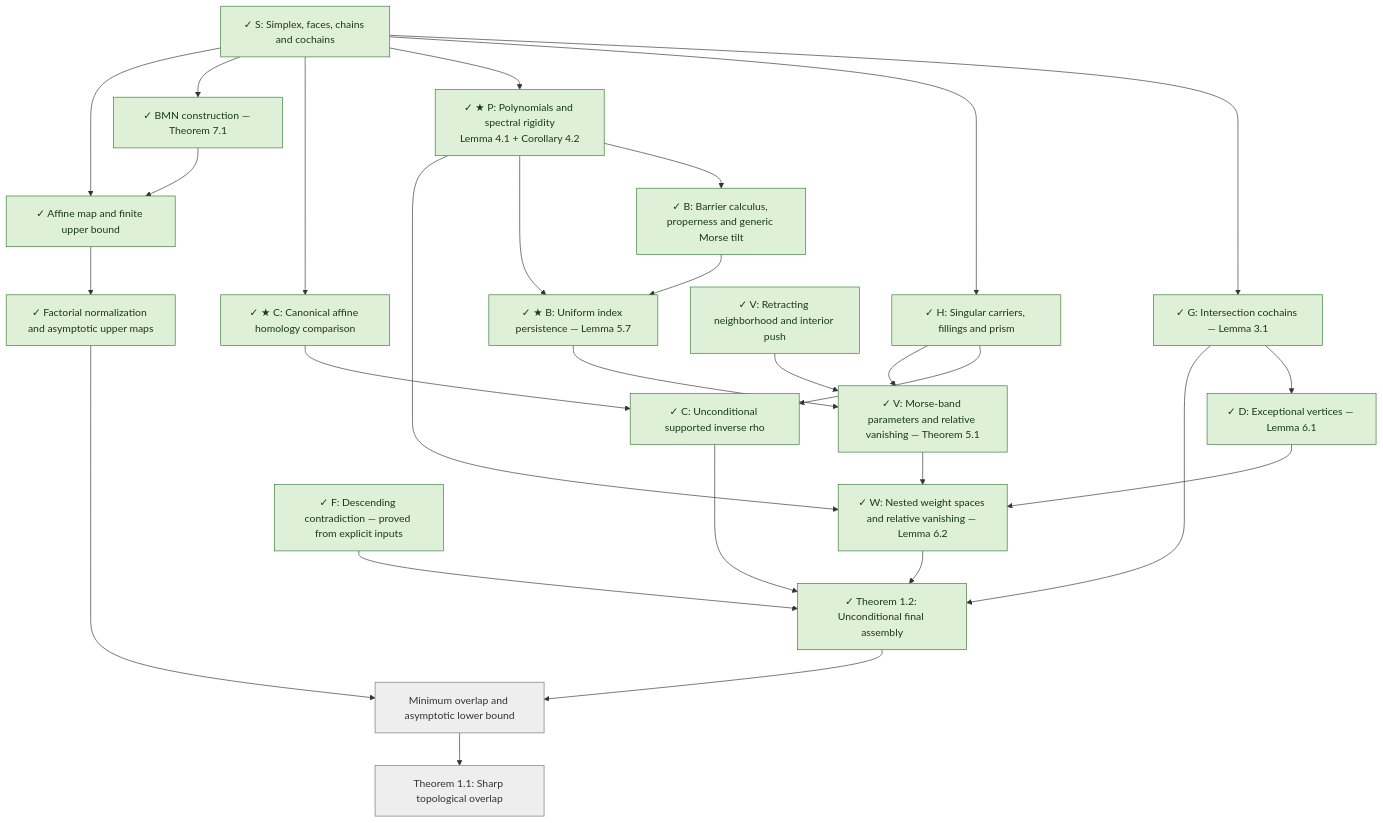
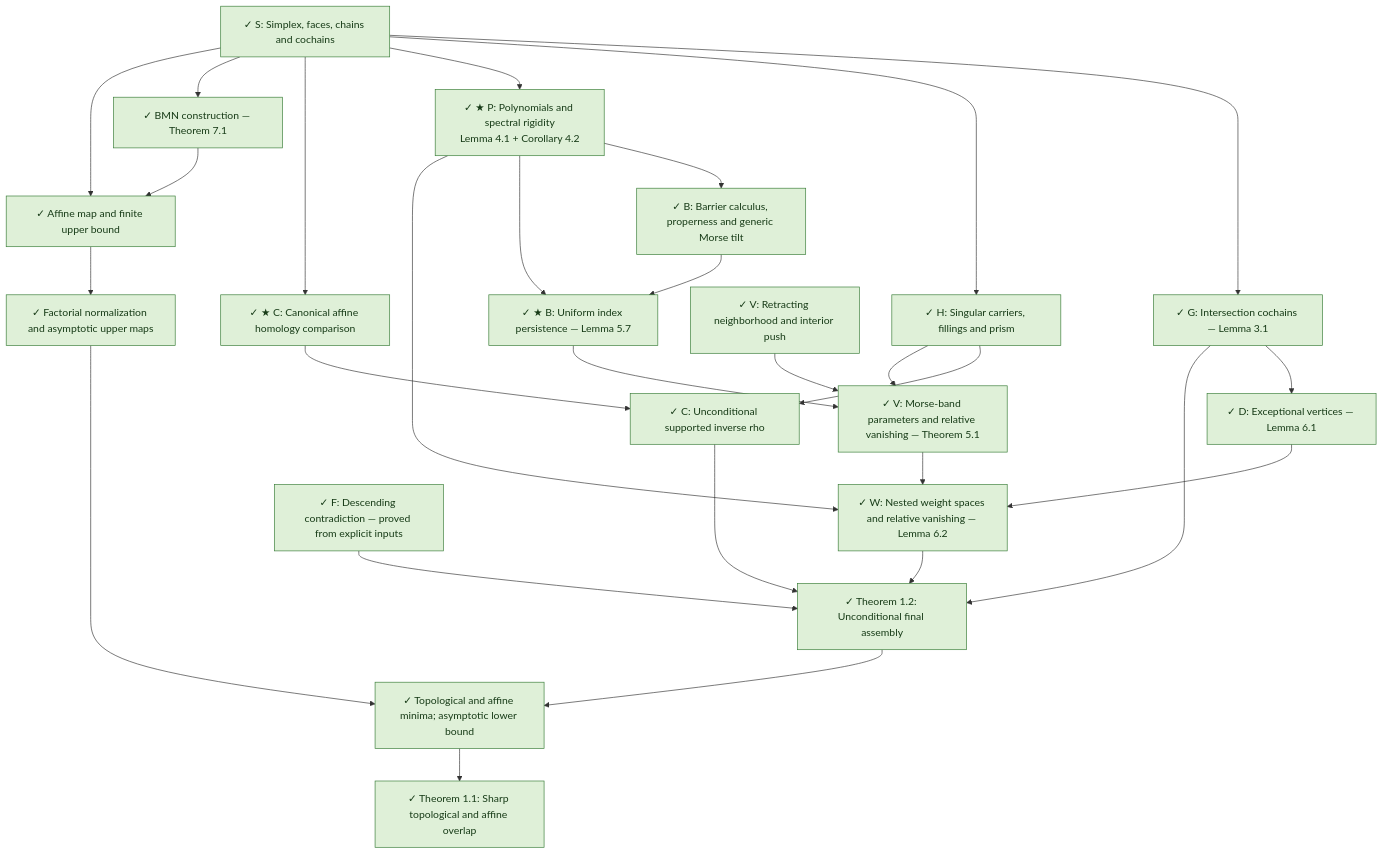
One commit to snorin239/SharpTopologicalOverlap changed the diagram in docs/blueprint.md. Above: the diagram before and after it, drawn with Mermaid. The commit also changed other lines of this file and 10 other files, not shown here.

````diff
--- a/docs/blueprint.md
+++ b/docs/blueprint.md
@@ -56,53 +58,53 @@
 ```mermaid
 flowchart TD
   S["✓ S: Simplex, faces, chains and cochains"]:::done
   G["✓ G: Intersection cochains — Lemma 3.1"]:::done
   H["✓ H: Singular carriers, fillings and prism"]:::done
   P["✓ ★ P: Polynomials and spectral rigidity<br/>Lemma 4.1 + Corollary 4.2"]:::done
   D["✓ D: Exceptional vertices — Lemma 6.1"]:::done
   C0["✓ ★ C: Canonical affine homology comparison"]:::done
   C1["✓ C: Unconditional supported inverse rho"]:::done
   B0["✓ B: Barrier calculus, properness and generic Morse tilt"]:::done
   B1["✓ ★ B: Uniform index persistence — Lemma 5.7"]:::done
   V0["✓ V: Retracting neighborhood and interior push"]:::done
   V1["✓ V: Morse-band parameters and relative vanishing — Theorem 5.1"]:::done
   W["✓ W: Nested weight spaces and relative vanishing — Lemma 6.2"]:::done
   F["✓ F: Descending contradiction — proved from explicit inputs"]:::done
   T["✓ Theorem 1.2: Unconditional final assembly"]:::done
   U["✓ BMN construction — Theorem 7.1"]:::done
   A["✓ Affine map and finite upper bound"]:::done
   N0["✓ Factorial normalization and asymptotic upper maps"]:::done
-  N["Minimum overlap and asymptotic lower bound"]:::pending
-  T1["Theorem 1.1: Sharp topological overlap"]:::pending
+  N["✓ Topological and affine minima; asymptotic lower bound"]:::done
+  T1["✓ Theorem 1.1: Sharp topological and affine overlap"]:::done
   S --> G
   S --> H
   S --> P
   S --> C0
   G --> D
   C0 --> C1
   H --> C1
   P --> B0
   B0 --> B1
   P --> B1
   B1 --> V1
   V0 --> V1
   H --> V1
   D --> W
   P --> W
   V1 --> W
   C1 --> T
   W --> T
   F --> T
   G --> T
   S --> U
   S --> A
   U --> A
   A --> N0
   N0 --> N
   T --> N
   N --> T1
   classDef done fill:#dff0d8,stroke:#367b35,color:#173b17
   classDef working fill:#fff2cc,stroke:#ad8700,color:#4b3900
   classDef hard fill:#f8d7da,stroke:#b02a37,color:#641820
   classDef pending fill:#eeeeee,stroke:#777777,color:#333333
 ```
````
